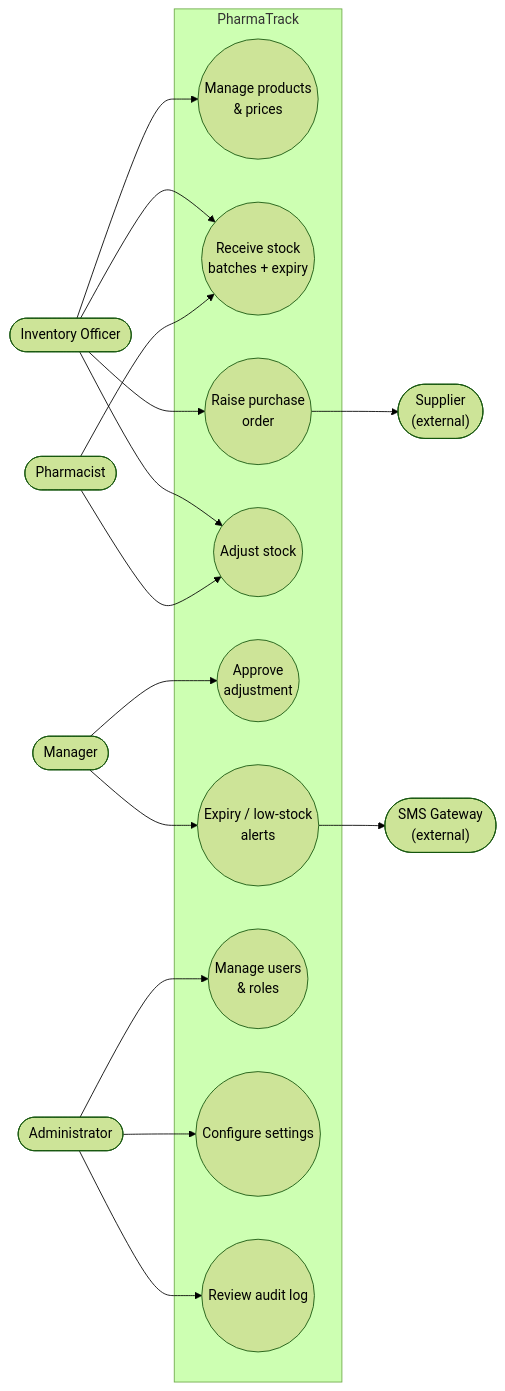
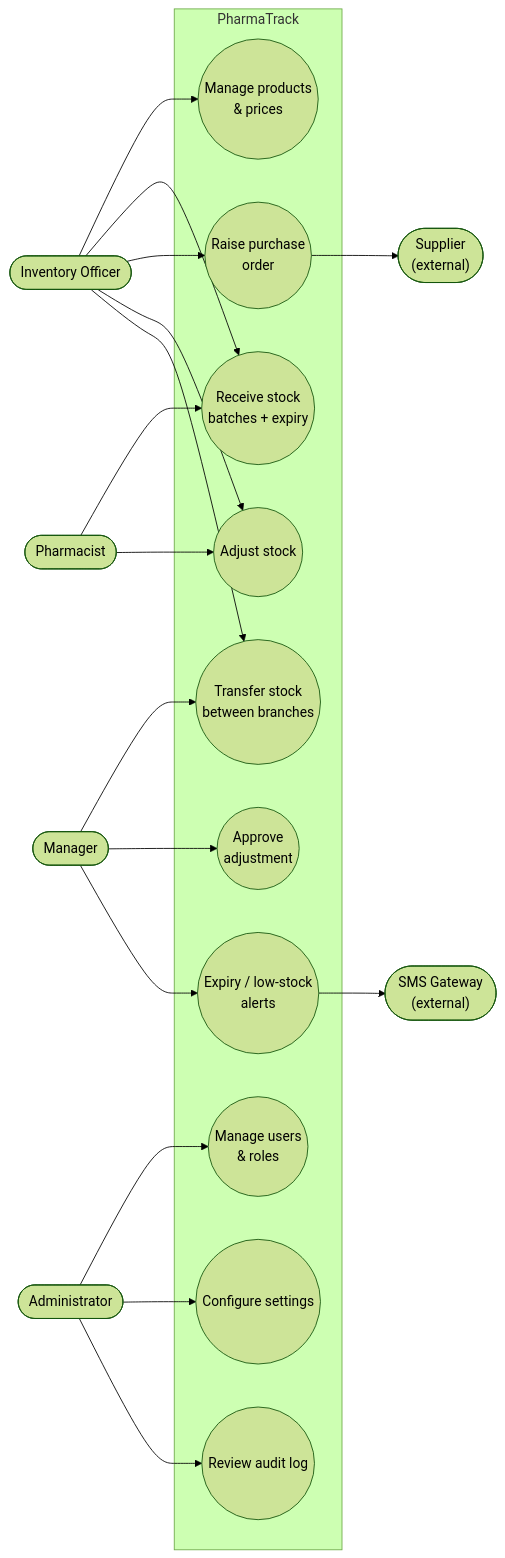
The second of 12 diagrams in docs/analysis-models.md (Kemoko1111/pharmacy-ims), drawn with Mermaid (forest theme) before and after one commit. The commit also changed other lines of this file and 2 other files, not shown here.

````diff
--- a/docs/analysis-models.md
+++ b/docs/analysis-models.md
@@ -46,36 +54,39 @@
 ```mermaid
 graph LR
     IO(["Inventory Officer"])
     PH2(["Pharmacist"])
     MG2(["Manager"])
     AD(["Administrator"])
 
     subgraph PharmaTrack
         UC6((Manage products<br/>& prices))
         UC7((Receive stock<br/>batches + expiry))
         UC8((Raise purchase<br/>order))
         UC9((Adjust stock))
         UC10b((Approve<br/>adjustment))
         UC15((Expiry / low-stock<br/>alerts))
+        UC16((Transfer stock<br/>between branches))
         UC12((Manage users<br/>& roles))
         UC13((Configure settings))
         UC14((Review audit log))
     end
 
     SUP(["Supplier<br/>(external)"])
     SMS(["SMS Gateway<br/>(external)"])
 
     IO --> UC6
     IO --> UC7
     IO --> UC8
     IO --> UC9
+    IO --> UC16
     PH2 --> UC7
     PH2 --> UC9
+    MG2 --> UC16
     MG2 --> UC10b
     MG2 --> UC15
     AD --> UC12
     AD --> UC13
     AD --> UC14
     UC8 --> SUP
     UC15 --> SMS
 ```
````
